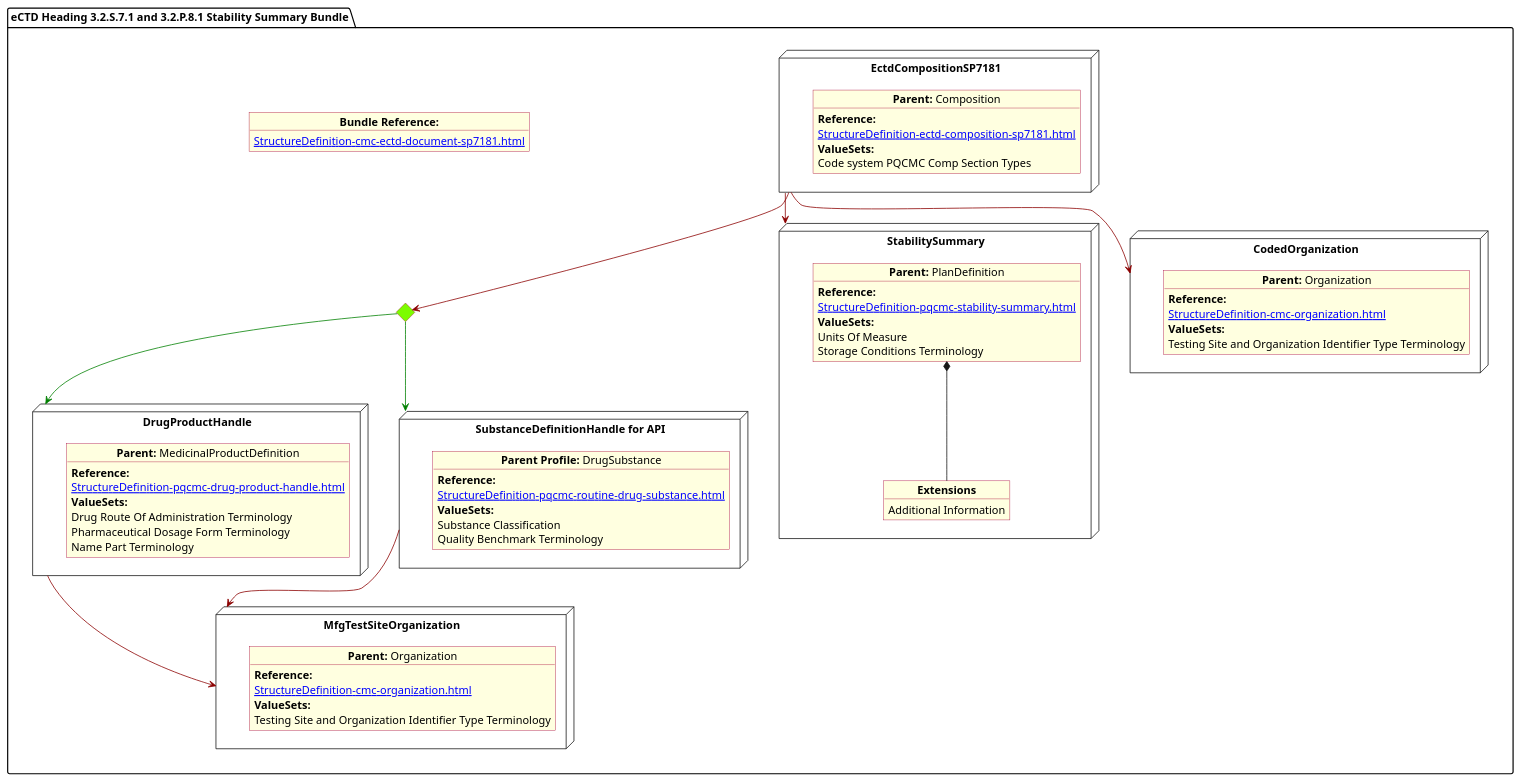
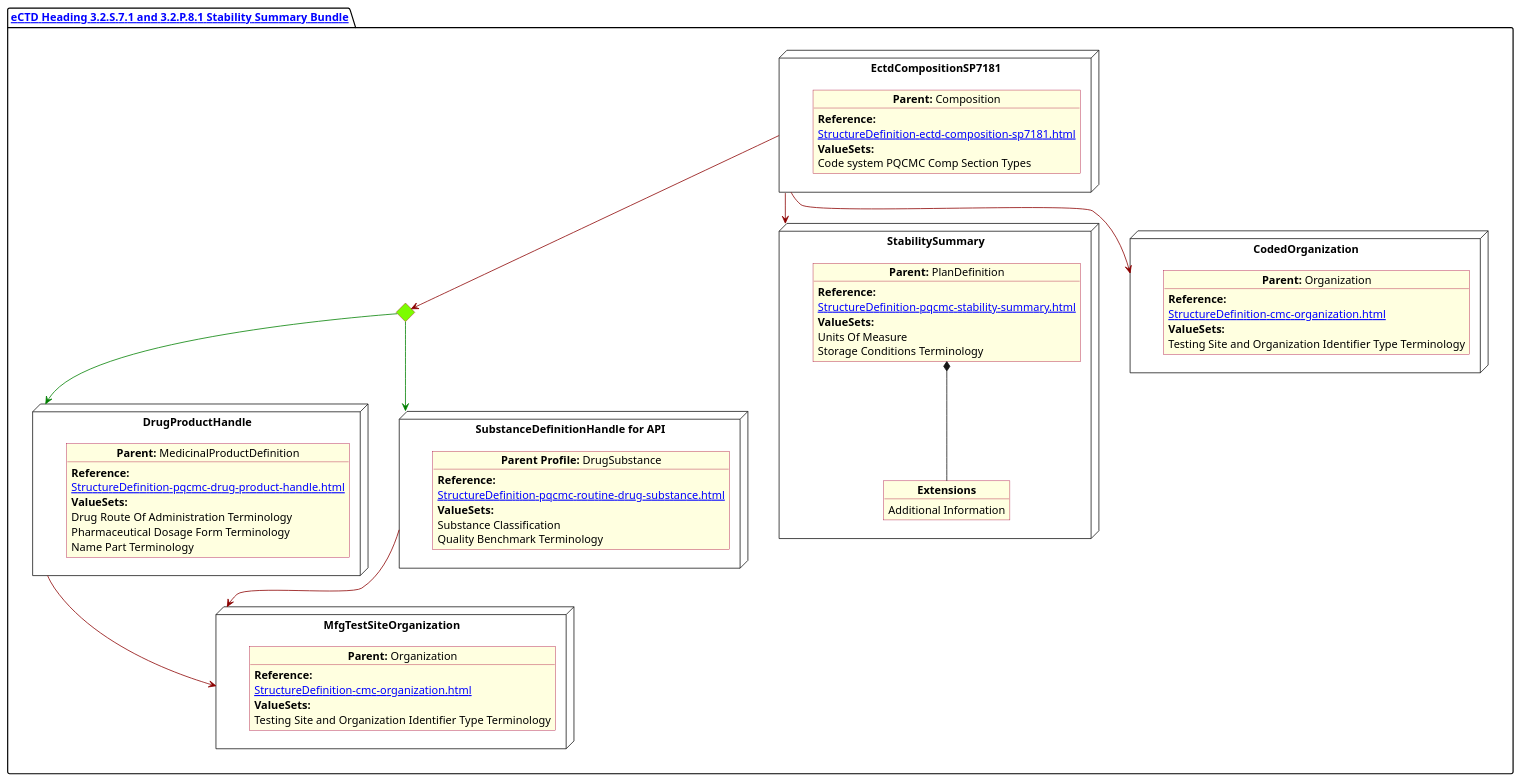
One commit to HL7/FHIR-us-pq-cmc-fda changed the diagram in input/images-source/StabilitySummary.plantuml. Above: the diagram before and after it, drawn with PlantUML. The commit also changed 11 other files, not shown here.

Commit message:
plantUML package has hyperlink to bundle

```diff
--- a/input/images-source/StabilitySummary.plantuml
+++ b/input/images-source/StabilitySummary.plantuml
@@ -1,96 +1,93 @@
 @startuml StabilitySummary
 allowmixing
 'Mixed model of use case and object
 skinparam svgDimensionStyle false
 skinparam ObjectBackgroundColor LightYellow
 skinparam ObjectBorderColor #A80036
 skinparam activityDiamondBorderColor #A80036
 skinparam activityDiamondBackgroundColor lawnGreen
 skinparam ClassBorderThickness 4
 
-package "eCTD Heading 3.2.S.7.1 and 3.2.P.8.1 Stability Summary Bundle" as NODES {
-      object "**Bundle Reference:**" as objbun {
-            [[StructureDefinition-cmc-ectd-document-sp7181.html]]
-      }
+package "[[StructureDefinition-cmc-ectd-document-sp7181.html eCTD Heading 3.2.S.7.1 and 3.2.P.8.1 Stability Summary Bundle]]" as NODES {
 
       node "DrugProductHandle" as NN {
 
             object "**Parent:** MedicinalProductDefinition" as obj3 {
                   **Reference:**
                   [[StructureDefinition-pqcmc-drug-product-handle.html]]
                   **ValueSets:**
                   Drug Route Of Administration Terminology
                   Pharmaceutical Dosage Form Terminology
                   Name Part Terminology
             }
       }
       diamond CH
 
       node "SubstanceDefinitionHandle for API" as NNS {
 
             object "**Parent Profile:** DrugSubstance" as obj4 {
                   **Reference:**
                   [[StructureDefinition-pqcmc-routine-drug-substance.html]]
                   **ValueSets:**
                   Substance Classification
                   Quality Benchmark Terminology
             }
       }
 
       node "MfgTestSiteOrganization" as NMFG {
 
             object "**Parent:** Organization" as objDP {
                   **Reference:**
                   [[StructureDefinition-cmc-organization.html]]
                   **ValueSets:**
                   Testing Site and Organization Identifier Type Terminology
             }
       }
 
       node "StabilitySummary" as NMain {
 
             object "**Parent:** PlanDefinition" as objMain {
                   **Reference:**
                   [[StructureDefinition-pqcmc-stability-summary.html]]
                   **ValueSets:**
                   Units Of Measure
                   Storage Conditions Terminology
             }
 
             object "**Extensions**" as objExs2 {
                   Additional Information
             }
 
             objMain *-- objExs2
       }
 
       node "EctdCompositionSP7181" as N1 {
 
             object "**Parent:** Composition" as obj1 {
                   **Reference:**
                   [[StructureDefinition-ectd-composition-sp7181.html]]
                   **ValueSets:**
                   Code system PQCMC Comp Section Types
             }
       }
       node "CodedOrganization" as NSO {
 
             object "**Parent:** Organization" as objAu {
                   **Reference:**
                   [[StructureDefinition-cmc-organization.html]]
                   **ValueSets:**
                   Testing Site and Organization Identifier Type Terminology
             }
       }
 
       CH -[#green]-> NN
       CH -[#green]-> NNS
       N1 -[#darkred]-> CH
       N1 -[#darkred]-> NSO
       NN -[#darkred]-> NMFG
       NNS -[#darkred]-> NMFG
       N1 -[#darkred]-> NMain
 
 
 }
 @enduml
```
